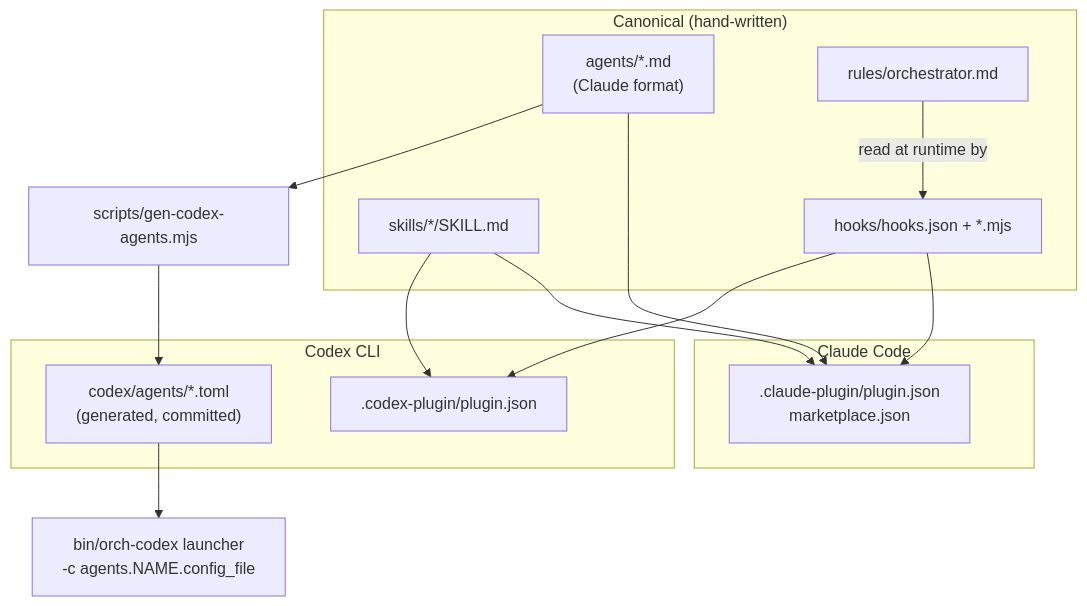
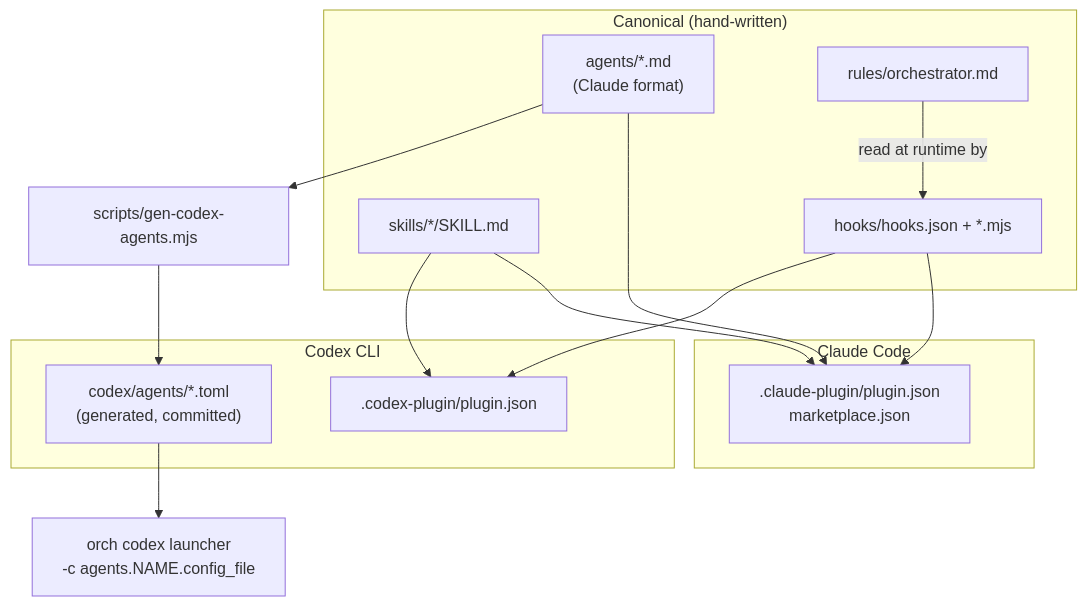
The second of 9 diagrams in docs/ARCHITECTURE.md (crafts69guy/orchestra), drawn with Mermaid before and after one commit. The commit also changed other lines of this file and 26 other files, not shown here.

````diff
--- a/docs/ARCHITECTURE.md
+++ b/docs/ARCHITECTURE.md
@@ -56,26 +56,26 @@
 ```mermaid
 flowchart TB
   subgraph canonical["Canonical (hand-written)"]
     agents["agents/*.md<br/>(Claude format)"]
     rules["rules/orchestrator.md"]
     skills["skills/*/SKILL.md"]
     hooks["hooks/hooks.json + *.mjs"]
   end
   subgraph claude["Claude Code"]
     cman[".claude-plugin/plugin.json<br/>marketplace.json"]
   end
   subgraph codex["Codex CLI"]
     xman[".codex-plugin/plugin.json"]
     toml["codex/agents/*.toml<br/>(generated, committed)"]
   end
   gen["scripts/gen-codex-agents.mjs"]
-  inst["bin/orch-codex launcher<br/>-c agents.NAME.config_file"]
+  inst["orch codex launcher<br/>-c agents.NAME.config_file"]
 
   agents --> cman
   skills --> cman
   hooks --> cman
   agents --> gen --> toml --> inst
   skills --> xman
   hooks --> xman
   rules -->|"read at runtime by"| hooks
 ```
````
